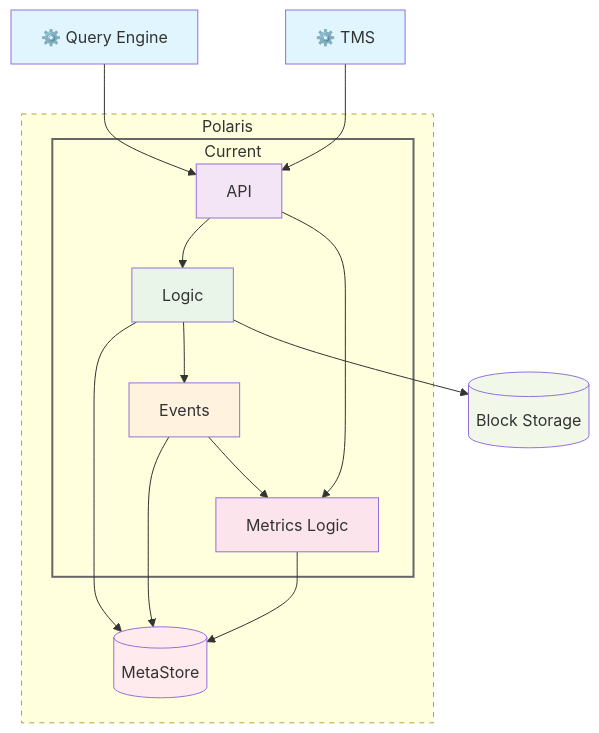
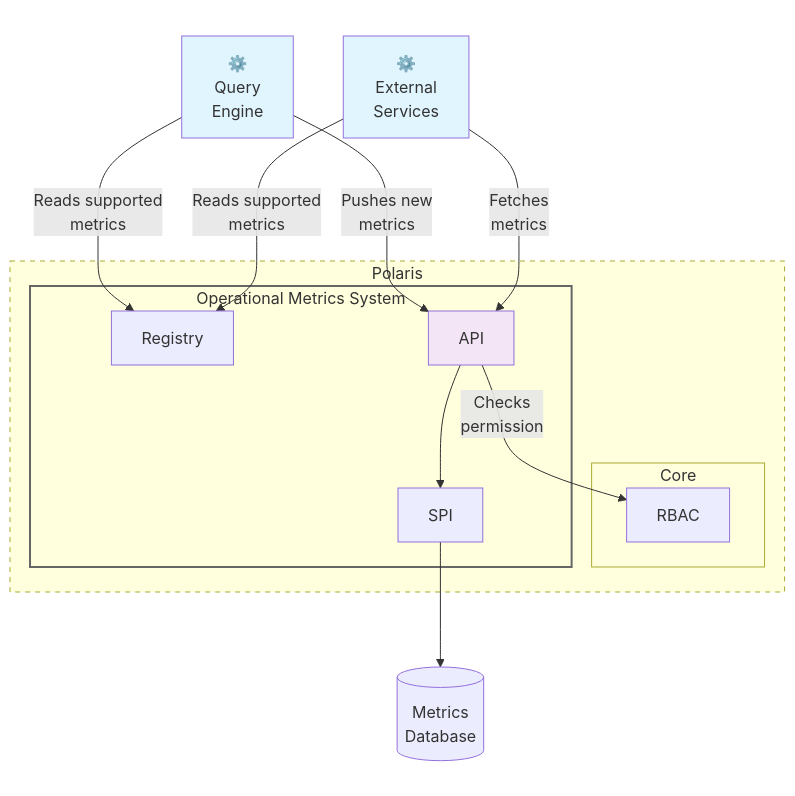
One commit to pingtimeout/polaris changed the diagram in operational-metrics/operational-metrics-in-polaris-process.mmd. Above: the diagram before and after it, drawn with Mermaid. The commit also changed other lines of this file and 8 other files, not shown here.

```diff
--- a/operational-metrics/operational-metrics-in-polaris-process.mmd
+++ b/operational-metrics/operational-metrics-in-polaris-process.mmd
@@ -1,37 +1,38 @@
 graph TD
-    QE[⚙️ Query Engine]
-    TMS[⚙️ TMS]
     
+    subgraph Clients[" "]
+        QE[⚙️<br>Query<br>Engine]
+        ExternalServices[⚙️<br>External<br>Services]
+    end
+
     subgraph Polaris ["Polaris"]
-        subgraph Current ["Current"]
-            API[API]
-            Logic[Logic]
-            Events[Events]
-            Metrics["Metrics Logic"]
+        subgraph Core ["Core"]
+            RBAC[RBAC]
         end
-        MS[(MetaStore)]
+        subgraph OMS ["Operational Metrics System"]
+            Registry[Registry]
+            MetricsAPI[API]
+            SPI["SPI"]
+        end
     end
-    
-    BS[(Block Storage)]
-    
-    QE --> API
-    TMS --> API
-    API --> Logic
-    API --> Metrics
-    Logic --> MS
-    Logic --> Events
-    Logic --> BS
-    Events --> MS
-    Events --> Metrics
-    Metrics --> MS
+
+    subgraph Other[" "]
+        MetricsDb[(Metrics<br>Database)]
+    end
+
+    QE -->|Pushes new<br>metrics| MetricsAPI
+    QE --> |Reads supported<br>metrics|Registry
+    ExternalServices --> |Reads supported<br>metrics|Registry
+    ExternalServices -->|Fetches<br>metrics| MetricsAPI
+    MetricsAPI --> SPI
+    MetricsAPI --> |Checks<br>permission| RBAC
+    SPI --> MetricsDb
     
     style Polaris stroke-dasharray: 5 5
-    style Current stroke:#666,stroke-width:2px
+    style Clients fill:#ffffff,stroke:#ffffff
+    style Other fill:#ffffff,stroke:#ffffff
+
+    style OMS stroke:#666,stroke-width:2px
     style QE fill:#e1f5fe
-    style TMS fill:#e1f5fe
-    style API fill:#f3e5f5
-    style Logic fill:#e8f5e8
-    style Events fill:#fff3e0
-    style Metrics fill:#fce4ec
-    style MS fill:#ffebee
-    style BS fill:#f1f8e9
+    style ExternalServices fill:#e1f5fe
+    style MetricsAPI fill:#f3e5f5
```
